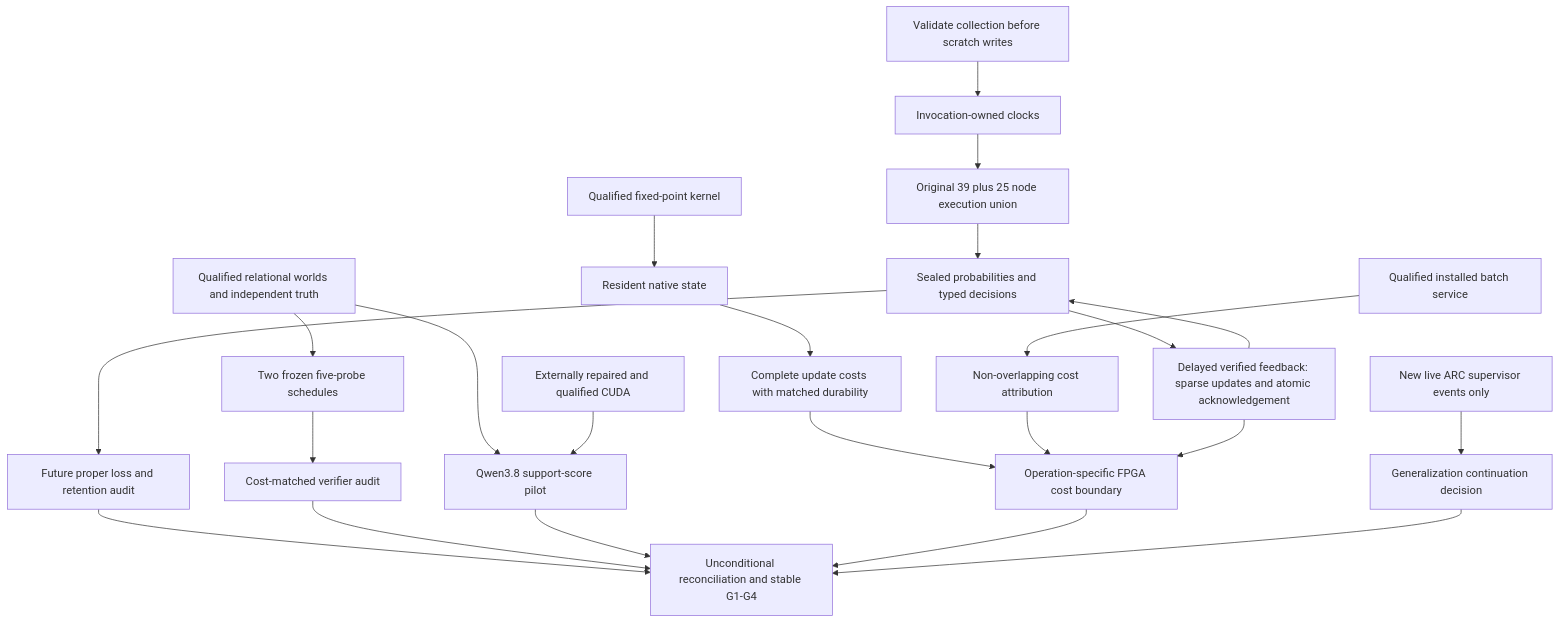
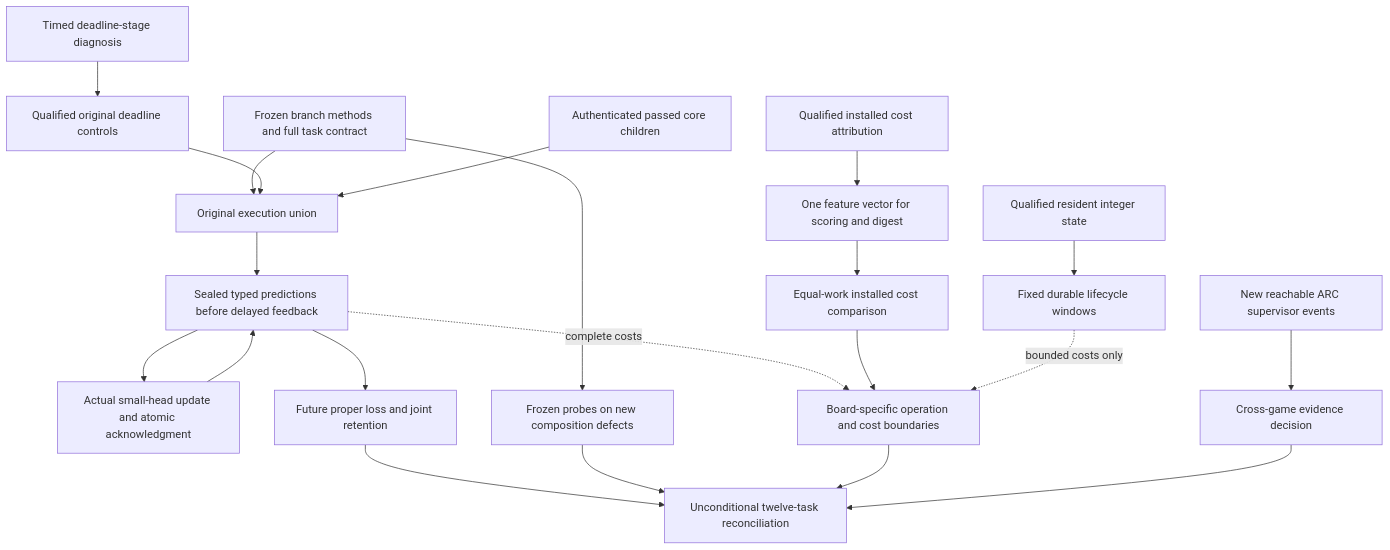
One commit to Carnot-EBM/carnot-ebm changed the first of 2 diagrams in openspec/change-proposals/research-roadmap-vNEXT.md. Above: the diagram before and after it, drawn with Mermaid. The commit also changed other lines of this file and 18 other files, not shown here.

````diff
--- a/openspec/change-proposals/research-roadmap-vNEXT.md
+++ b/openspec/change-proposals/research-roadmap-vNEXT.md
@@ -77,25 +76,23 @@
 ```mermaid
 flowchart TD
-    A[Validate collection before scratch writes] --> B[Invocation-owned clocks]
-    B --> C[Original 39 plus 25 node execution union]
-    C --> D[Sealed probabilities and typed decisions]
-    D --> E[Delayed verified feedback: sparse updates and atomic acknowledgement]
-    E --> D
-    D --> F[Future proper loss and retention audit]
-    V[Qualified relational worlds and independent truth] --> P[Two frozen five-probe schedules]
-    P --> T[Cost-matched verifier audit]
-    V --> Q[Qwen3.8 support-score pilot]
-    R[Externally repaired and qualified CUDA] --> Q
-    I[Qualified fixed-point kernel] --> N[Resident native state]
-    N --> K[Complete update costs with matched durability]
-    S[Qualified installed batch service] --> H[Non-overlapping cost attribution]
-    K --> W[Operation-specific FPGA cost boundary]
-    H --> W
-    E --> W
-    L[New live ARC supervisor events only] --> J[Generalization continuation decision]
-    F --> Z[Unconditional reconciliation and stable G1-G4]
-    T --> Z
-    Q --> Z
-    W --> Z
-    J --> Z
+    M[Frozen branch methods and full task contract] --> U[Original execution union]
+    D[Timed deadline-stage diagnosis] --> C[Qualified original deadline controls]
+    C --> U
+    R[Authenticated passed core children] --> U
+    U --> L[Sealed typed predictions before delayed feedback]
+    L --> W[Actual small-head update and atomic acknowledgment]
+    W --> L
+    L --> B[Future proper loss and joint retention]
+    M --> V[Frozen probes on new composition defects]
+    I[Qualified installed cost attribution] --> F[One feature vector for scoring and digest]
+    F --> P[Equal-work installed cost comparison]
+    N[Qualified resident integer state] --> K[Fixed durable lifecycle windows]
+    L -. complete costs .-> H[Board-specific operation and cost boundaries]
+    P --> H
+    K -. bounded costs only .-> H
+    A[New reachable ARC supervisor events] --> O[Cross-game evidence decision]
+    B --> Z[Unconditional twelve-task reconciliation]
+    V --> Z
+    H --> Z
+    O --> Z
 ```
````
